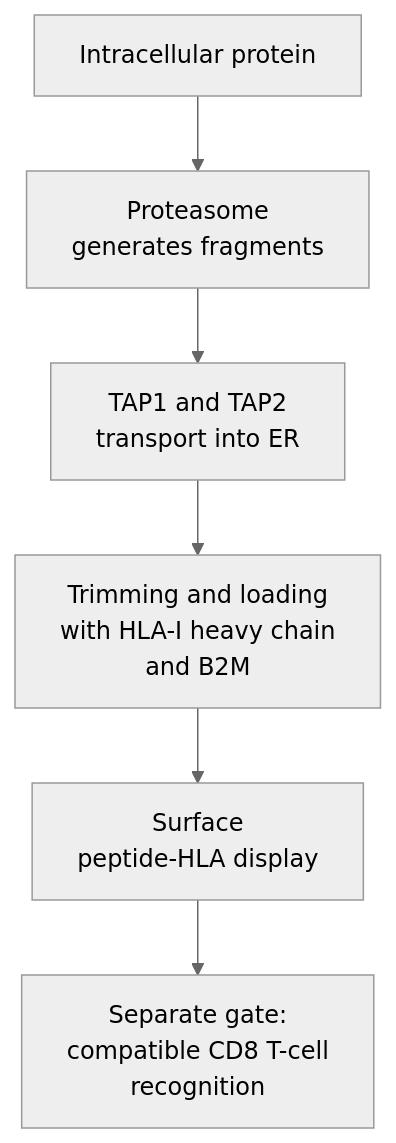
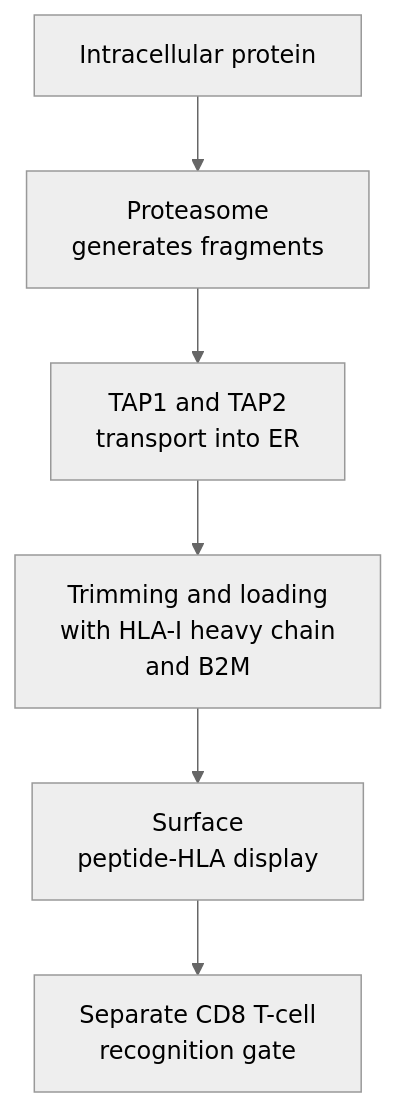
Before and after one commit to jasonLaster/oncoguide: the diagram in wiki/education/concepts/immunology/antigen-presentation/antigen-processing-machinery.md, drawn with Mermaid (neutral theme). The commit also changed 1 other file, not shown here.

Commit message:
content: prevent recognition label clipping on phones

````diff
--- a/wiki/education/concepts/immunology/antigen-presentation/antigen-processing-machinery.md
+++ b/wiki/education/concepts/immunology/antigen-presentation/antigen-processing-machinery.md
@@ -44,8 +44,8 @@
 ```mermaid
 flowchart TD
   A[Intracellular protein] --> B["Proteasome<br/>generates fragments"]
   B --> C["TAP1 and TAP2<br/>transport into ER"]
   C --> D["Trimming and loading<br/>with HLA-I heavy chain<br/>and B2M"]
   D --> E["Surface<br/>peptide-HLA display"]
-  E --> F["Separate gate:<br/>compatible CD8 T-cell<br/>recognition"]
+  E --> F["Separate CD8 T-cell<br/>recognition gate"]
 ```
````
